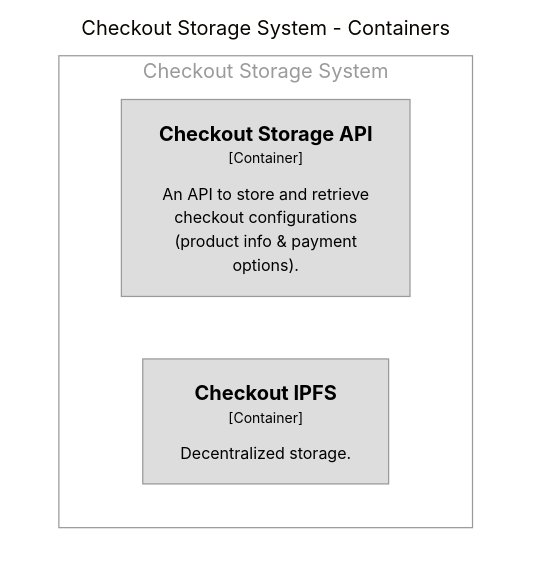
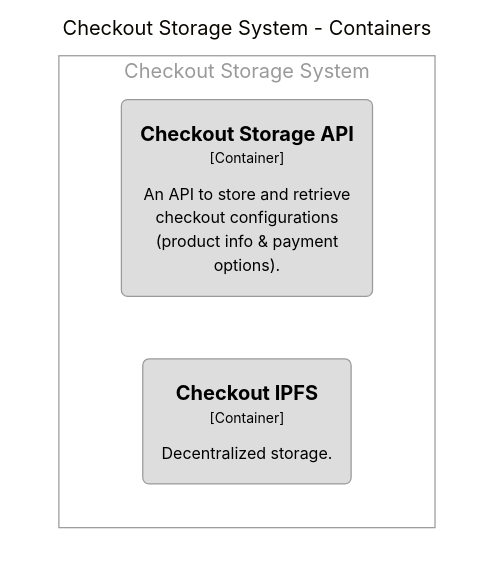
One commit to superfluid-finance/widget changed the diagram in architecture/diagrams/structurizr-CheckoutStorageSystem.mmd. Above: the diagram before and after it, drawn with Mermaid (base theme). The commit also changed 7 other files, not shown here.

Commit message:
update diagrams

```diff
--- a/architecture/diagrams/structurizr-CheckoutStorageSystem.mmd
+++ b/architecture/diagrams/structurizr-CheckoutStorageSystem.mmd
@@ -1,16 +1,16 @@
 graph TB
   linkStyle default fill:#ffffff
 
   subgraph diagram [Checkout Storage System - Containers]
     style diagram fill:#ffffff,stroke:#ffffff
 
-    subgraph 24 [Checkout Storage System]
-      style 24 fill:#ffffff,stroke:#9a9a9a,color:#9a9a9a
+    subgraph 25 [Checkout Storage System]
+      style 25 fill:#ffffff,stroke:#9a9a9a,color:#9a9a9a
 
-      25["<div style='font-weight: bold'>Checkout Storage API</div><div style='font-size: 70%; margin-top: 0px'>[Container]</div><div style='font-size: 80%; margin-top:10px'>An API to store and retrieve<br />checkout configurations<br />(product info & payment<br />options).</div>"]
-      style 25 fill:#dddddd,stroke:#9a9a9a,color:#000000
-      26["<div style='font-weight: bold'>Checkout IPFS</div><div style='font-size: 70%; margin-top: 0px'>[Container]</div><div style='font-size: 80%; margin-top:10px'>Decentralized storage.</div>"]
+      26("<div style='font-weight: bold'>Checkout Storage API</div><div style='font-size: 70%; margin-top: 0px'>[Container]</div><div style='font-size: 80%; margin-top:10px'>An API to store and retrieve<br />checkout configurations<br />(product info & payment<br />options).</div>")
       style 26 fill:#dddddd,stroke:#9a9a9a,color:#000000
+      27("<div style='font-weight: bold'>Checkout IPFS</div><div style='font-size: 70%; margin-top: 0px'>[Container]</div><div style='font-size: 80%; margin-top:10px'>Decentralized storage.</div>")
+      style 27 fill:#dddddd,stroke:#9a9a9a,color:#000000
     end
 
   end
```
